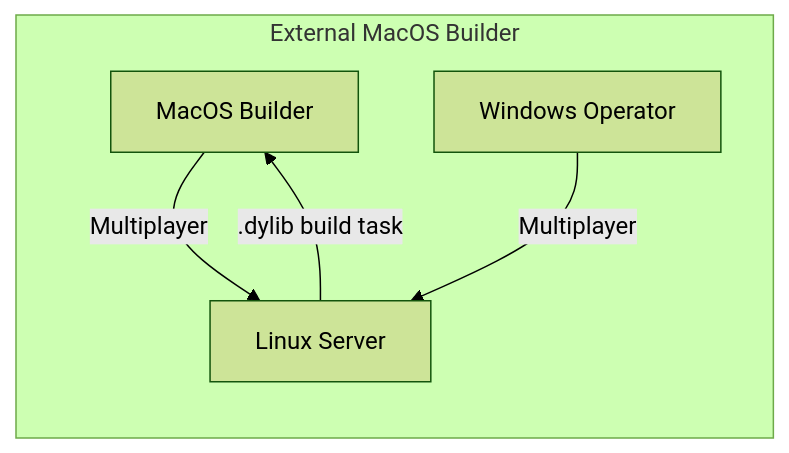
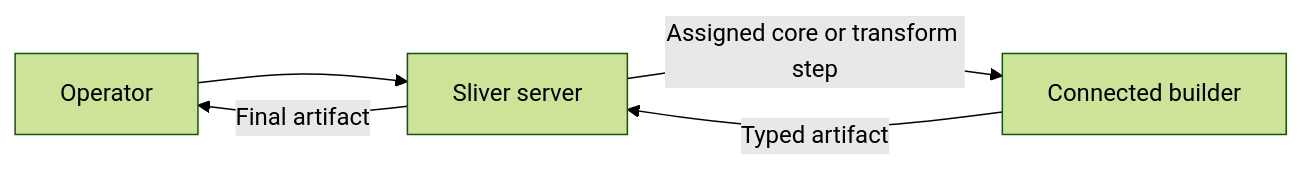
One commit to BishopFox/sliver changed the diagram in docs/sliver-docs/pages/docs/md/External Builders.md. Above: the diagram before and after it, drawn with Mermaid (forest theme). The commit also changed other lines of this file and 68 other files, not shown here.

First line of the commit message:
feat: retire legacy external builds and expose core identity

````diff
--- a/docs/sliver-docs/pages/docs/md/External Builders.md
+++ b/docs/sliver-docs/pages/docs/md/External Builders.md
@@ -5,8 +3,7 @@
 ```mermaid:minh=340
 flowchart LR
-    subgraph "External MacOS Builder"
-        builder["MacOS Builder"] -- "Multiplayer" --> server["Linux Server"]
-        operator["Windows Operator"] -- "Multiplayer" --> server
-        server -- ".dylib build task" --> builder
-    end
+    operator["Operator"] --> server["Sliver server"]
+    server -- "Assigned core or transform step" --> builder["Connected builder"]
+    builder -- "Typed artifact" --> server
+    server -- "Final artifact" --> operator
 ```
````
